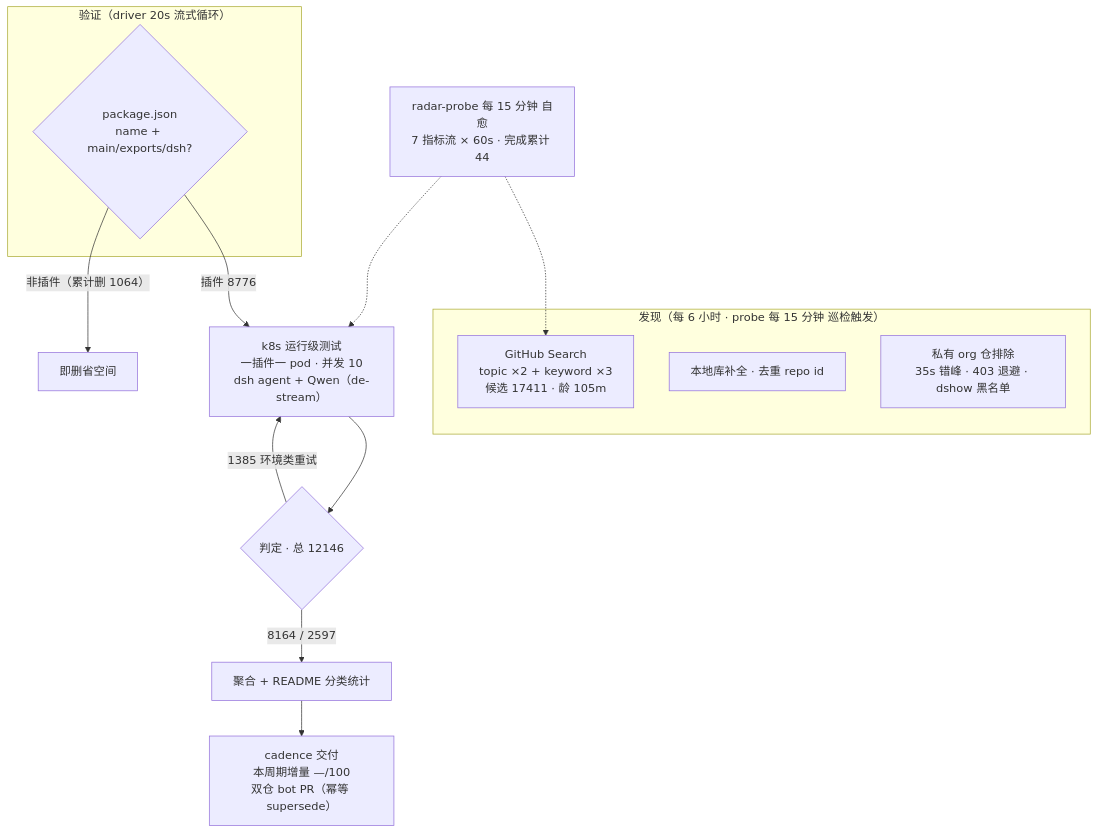
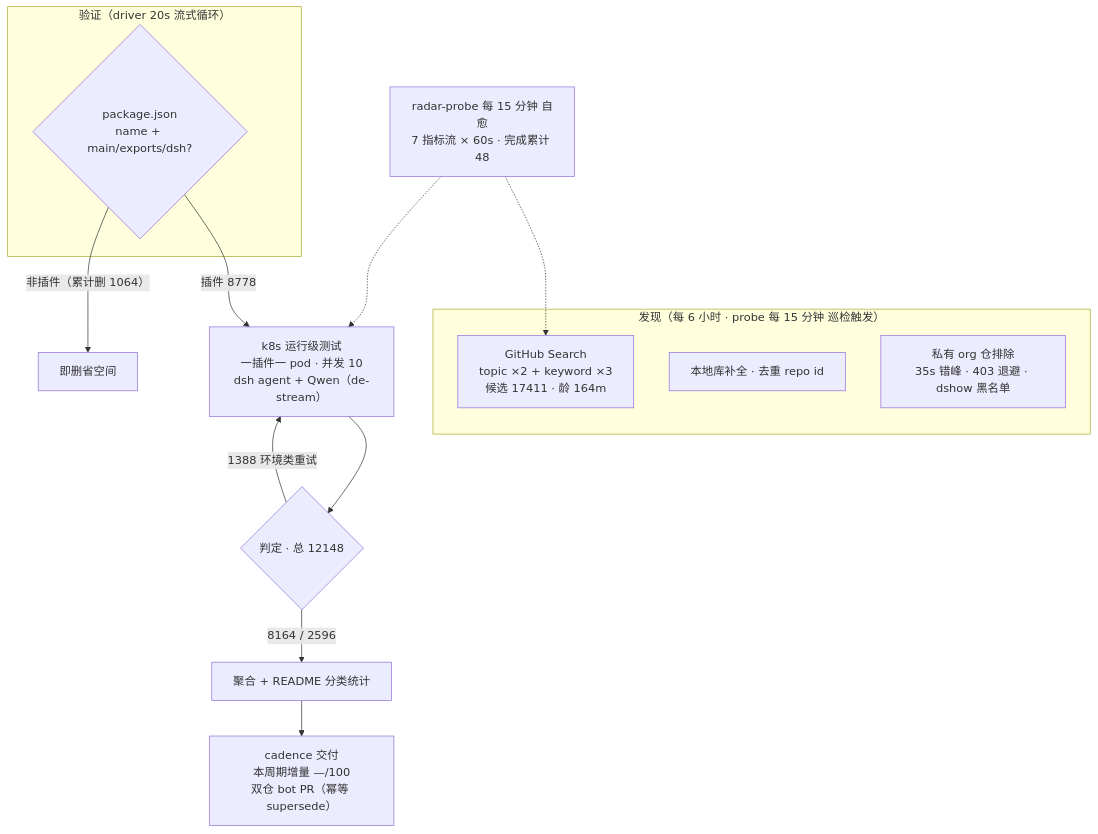
Before and after one commit to Zhidao-Lab-OSS/awesome-dsh-plugins: the diagram in README.md, drawn with Mermaid. The commit also changed other lines of this file and 1 other file, not shown here.

````diff
--- a/README.md
+++ b/README.md
@@ -52,20 +52,20 @@
 ```mermaid
 flowchart TB
     subgraph Discovery["发现（每 6 小时 · probe 每 15 分钟 巡检触发）"]
-        A1["GitHub Search<br/>topic ×2 + keyword ×3<br/>候选 17411 · 龄 105m"]
+        A1["GitHub Search<br/>topic ×2 + keyword ×3<br/>候选 17411 · 龄 164m"]
         A2["本地库补全 · 去重 repo id"]
         A3["私有 org 仓排除<br/>35s 错峰 · 403 退避 · dshow 黑名单"]
     end
     subgraph Validation["验证（driver 20s 流式循环）"]
         B1{"package.json<br/>name + main/exports/dsh?"}
     end
-    B1 -->|"插件 8776"| C1["k8s 运行级测试<br/>一插件一 pod · 并发 10<br/>dsh agent + Qwen（de-stream）"]
+    B1 -->|"插件 8778"| C1["k8s 运行级测试<br/>一插件一 pod · 并发 10<br/>dsh agent + Qwen（de-stream）"]
     B1 -->|"非插件（累计删 1064）"| B3["即删省空间"]
-    C1 --> D1{"判定 · 总 12146"}
-    D1 -->|"8164 / 2597"| E1["聚合 + README 分类统计"]
-    D1 -->|"1385 环境类重试"| C1
+    C1 --> D1{"判定 · 总 12148"}
+    D1 -->|"8164 / 2596"| E1["聚合 + README 分类统计"]
+    D1 -->|"1388 环境类重试"| C1
     E1 --> E2["cadence 交付<br/>本周期增量 —/100<br/>双仓 bot PR（幂等 supersede）"]
-    M["radar-probe 每 15 分钟 自愈<br/>7 指标流 × 60s · 完成累计 44"]
+    M["radar-probe 每 15 分钟 自愈<br/>7 指标流 × 60s · 完成累计 48"]
     M -.-> A1
     M -.-> C1
 ```
````
